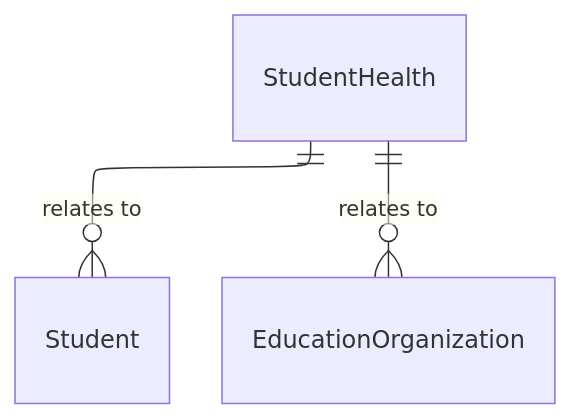
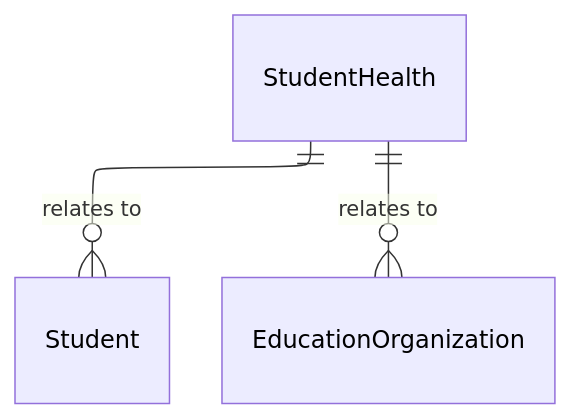
One commit to Ed-Fi-Alliance-OSS/ed-fi-alliance-oss.github.io changed the diagram in dataStandard_versioned_docs/version-6/model-reference/student-health-domain/model-diagrams.md. Above: the diagram before and after it, drawn with Mermaid. The commit also changed 24 other files, not shown here.

````diff
--- a/dataStandard_versioned_docs/version-6/model-reference/student-health-domain/model-diagrams.md
+++ b/dataStandard_versioned_docs/version-6/model-reference/student-health-domain/model-diagrams.md
@@ -34,17 +34,18 @@
 ```mermaid
 ---
-
 config:
   layout: elk
 ---
-
 erDiagram
     Student {
     }
     StudentHealth {
     }
     EducationOrganization {
     }
     StudentHealth ||--o{ Student : "relates to"
     StudentHealth ||--o{ EducationOrganization : "relates to"
+    style Student color:#000000
+    style StudentHealth color:#000000
+    style EducationOrganization color:#000000
 ```
````
